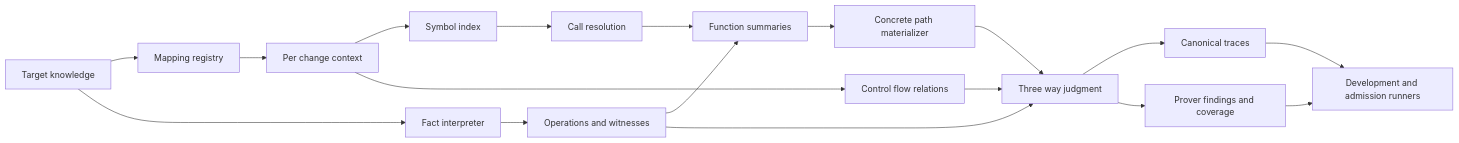
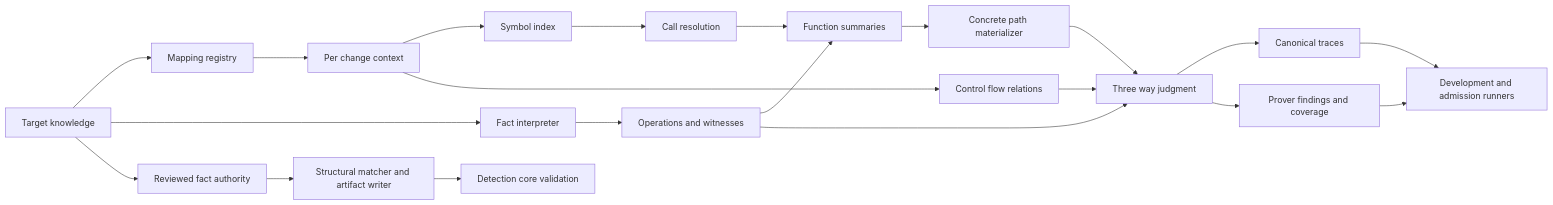
Before and after one commit to norandom/OpenUltraSAST: the first of 4 diagrams in .kiro/specs/access-control-prover/design.md, drawn with Mermaid. The commit also changed other lines of this file and 8 other files, not shown here.

Commit message:
docs(access-control-prover): own reviewed fact authority

```diff
--- a/.kiro/specs/access-control-prover/design.md
+++ b/.kiro/specs/access-control-prover/design.md
@@ -64,20 +72,23 @@
 ~~~mermaid
 flowchart LR
   TK[Target knowledge] --> MR[Mapping registry]
   TK --> FI[Fact interpreter]
+  TK --> FA[Reviewed fact authority]
+  FA --> FM[Structural matcher and artifact writer]
+  FM --> DC[Detection core validation]
   MR --> CTX[Per change context]
   FI --> OP[Operations and witnesses]
   CTX --> SI[Symbol index]
   SI --> CR[Call resolution]
   CR --> FS[Function summaries]
   OP --> FS
   FS --> PM[Concrete path materializer]
   CTX --> CFG[Control flow relations]
   PM --> J[Three way judgment]
   CFG --> J
   OP --> J
   J --> TR[Canonical traces]
   J --> PR[Prover findings and coverage]
   TR --> RUN[Development and admission runners]
   PR --> RUN
 ~~~
```
